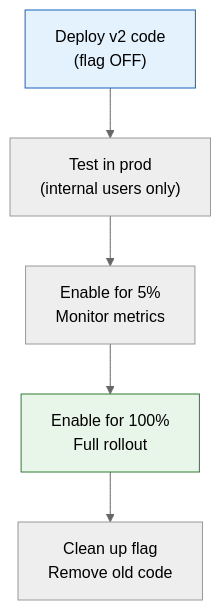
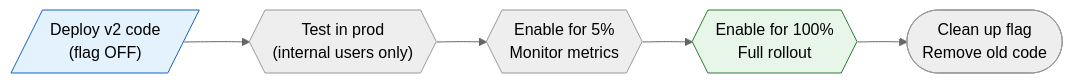
Before and after one commit to saivamsikaruturi/vamsilabs-dev-notes-main: the fifth of 6 diagrams in docs/microservices/deployment-strategies.md, drawn with Mermaid (neutral theme). The commit also changed other lines of this file and 146 other files, not shown here.

Commit message:
Horizontal diagrams, UML class diagrams, typography overhaul, and permalink cleanup

````diff
--- a/docs/microservices/deployment-strategies.md
+++ b/docs/microservices/deployment-strategies.md
@@ -212,10 +212,10 @@
 ```mermaid
-flowchart TD
-    D["Deploy v2 code<br/>(flag OFF)"] --> T["Test in prod<br/>(internal users only)"]
-    T --> E5["Enable for 5%<br/>Monitor metrics"]
-    E5 --> E100["Enable for 100%<br/>Full rollout"]
-    E100 --> CL["Clean up flag<br/>Remove old code"]
+flowchart LR
+    D[/"Deploy v2 code<br/>(flag OFF)"/] --> T{{"Test in prod<br/>(internal users only)"}}
+    T --> E5{{"Enable for 5%<br/>Monitor metrics"}}
+    E5 --> E100{{"Enable for 100%<br/>Full rollout"}}
+    E100 --> CL(["Clean up flag<br/>Remove old code"])
 
     style D fill:#E3F2FD,stroke:#1565C0,color:#000
     style E100 fill:#E8F5E9,stroke:#2E7D32,color:#000
 ```
````
